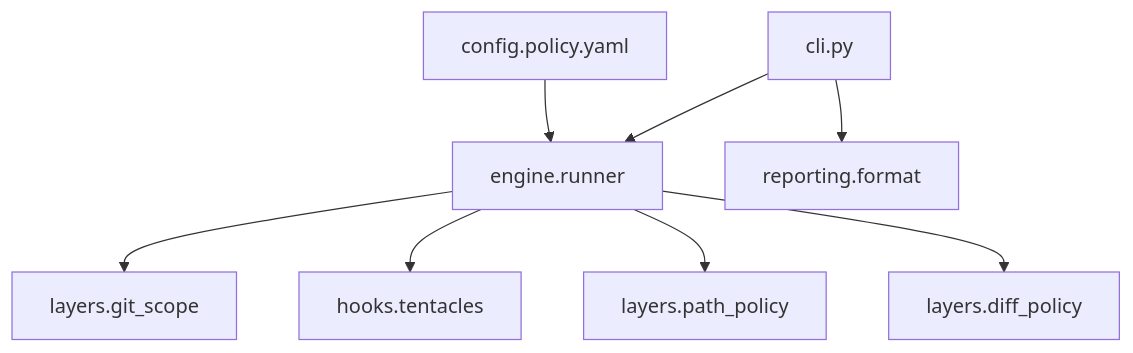
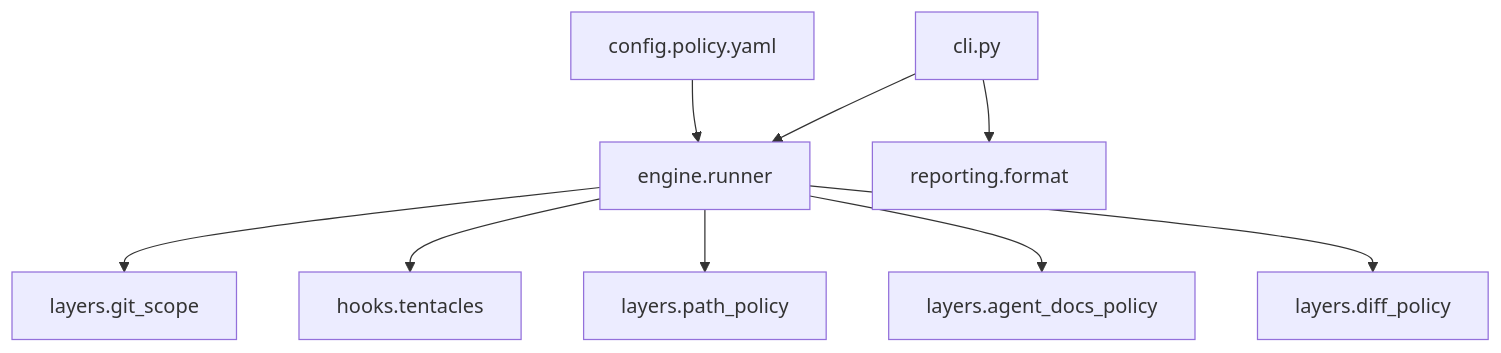
One commit to Drakkar-Software/OctoBot changed the diagram in tools/extended_linter/ARCHITECTURE.md. Above: the diagram before and after it, drawn with Mermaid. The commit also changed other lines of this file and 9 other files, not shown here.

````diff
--- a/tools/extended_linter/ARCHITECTURE.md
+++ b/tools/extended_linter/ARCHITECTURE.md
@@ -5,18 +5,20 @@
 ```mermaid
 flowchart TB
   cli[cli.py]
   engine[engine.runner]
   hook[hooks.tentacles]
   git[layers.git_scope]
   path[layers.path_policy]
+  agentDocs[layers.agent_docs_policy]
   diff[layers.diff_policy]
   report[reporting.format]
   config[config.policy.yaml]
   cli --> engine
   config --> engine
   engine --> git
   engine --> hook
   engine --> path
+  engine --> agentDocs
   engine --> diff
   cli --> report
 ```
````
